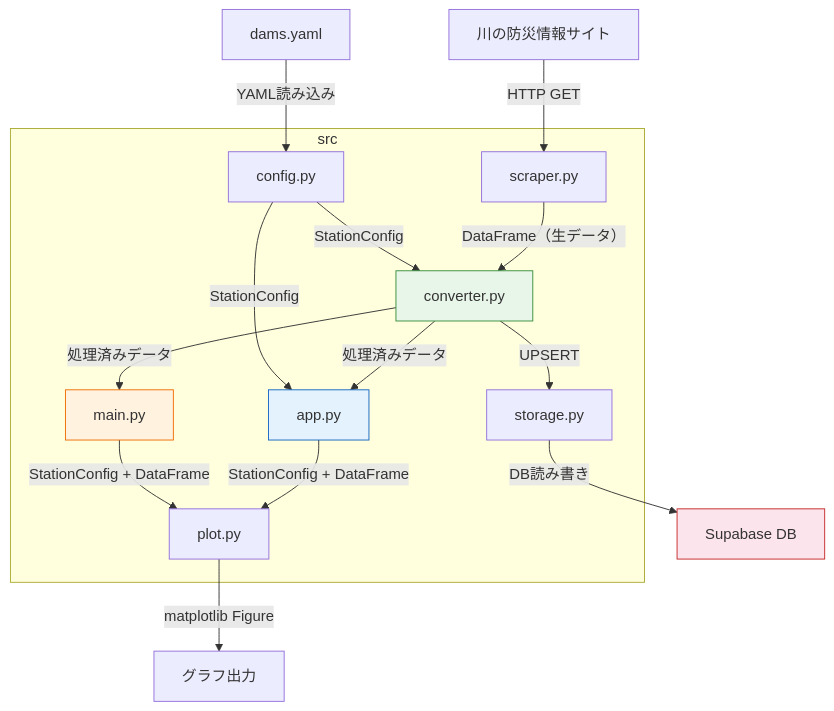
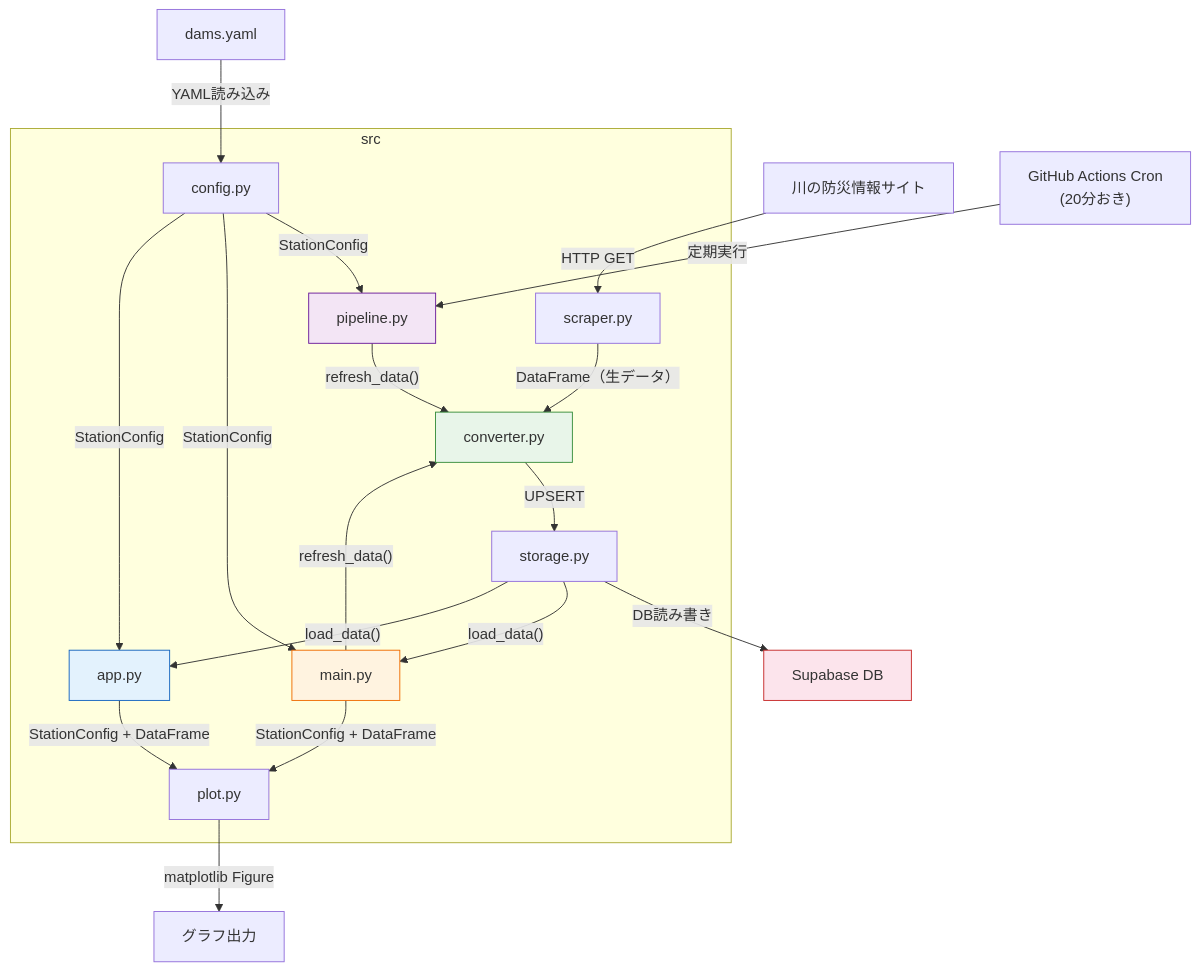
The diagram in doc/Diagram.md (yukkie/WaterLevelMonitor), drawn with Mermaid before and after one commit. The commit also changed 4 other files, not shown here.

````diff
--- a/doc/Diagram.md
+++ b/doc/Diagram.md
@@ -3,38 +3,46 @@
 ```mermaid
 graph TD
     YAML["dams.yaml"]
     DB["Supabase DB"]
     WEB["川の防災情報サイト"]
     GRAPH["グラフ出力"]
+    CRON["GitHub Actions Cron\n(20分おき)"]
 
     subgraph src
         CONFIG["config.py"]
         SCRAPER["scraper.py"]
         STORAGE["storage.py"]
         CONVERTER["converter.py"]
         PLOT["plot.py"]
+        PIPELINE["pipeline.py"]
         MAIN["main.py"]
         APP["app.py"]
     end
 
     YAML -- "YAML読み込み" --> CONFIG
-    CONFIG -- "StationConfig" --> CONVERTER
+    CONFIG -- "StationConfig" --> PIPELINE
+    CONFIG -- "StationConfig" --> MAIN
     CONFIG -- "StationConfig" --> APP
+
+    CRON -- "定期実行" --> PIPELINE
+    PIPELINE -- "refresh_data()" --> CONVERTER
+    MAIN -- "refresh_data()" --> CONVERTER
 
     WEB -- "HTTP GET" --> SCRAPER
     SCRAPER -- "DataFrame（生データ）" --> CONVERTER
     CONVERTER -- "UPSERT" --> STORAGE
     STORAGE -- "DB読み書き" --> DB
 
-    CONVERTER -- "処理済みデータ" --> MAIN
-    CONVERTER -- "処理済みデータ" --> APP
+    STORAGE -- "load_data()" --> MAIN
+    STORAGE -- "load_data()" --> APP
 
     MAIN -- "StationConfig + DataFrame" --> PLOT
     APP -- "StationConfig + DataFrame" --> PLOT
     PLOT -- "matplotlib Figure" --> GRAPH
 
     style CONVERTER fill:#e8f5e9,stroke:#388e3c
+    style PIPELINE fill:#f3e5f5,stroke:#6a1b9a
     style APP fill:#e3f2fd,stroke:#1565c0
     style MAIN fill:#fff3e0,stroke:#ef6c00
     style DB fill:#fce4ec,stroke:#c62828
 ```
````
